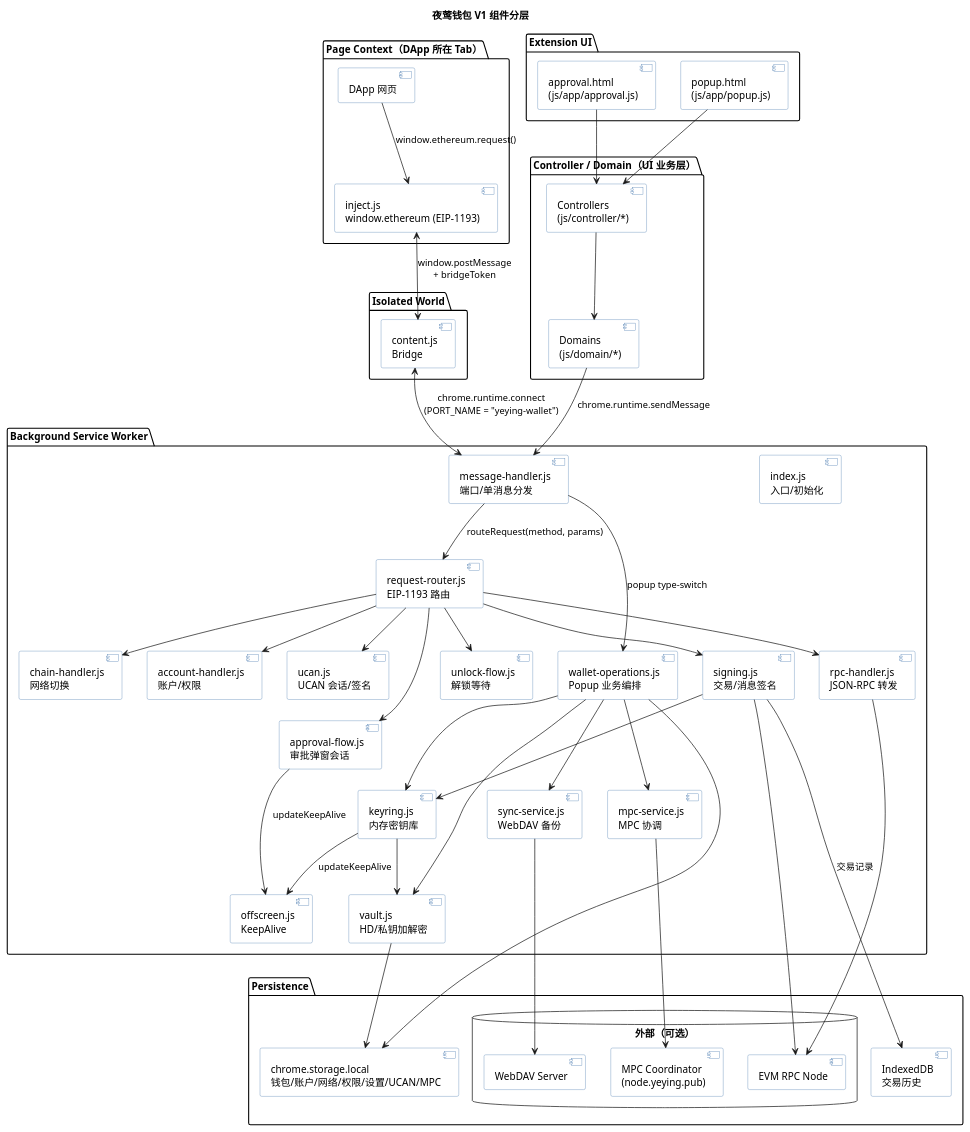
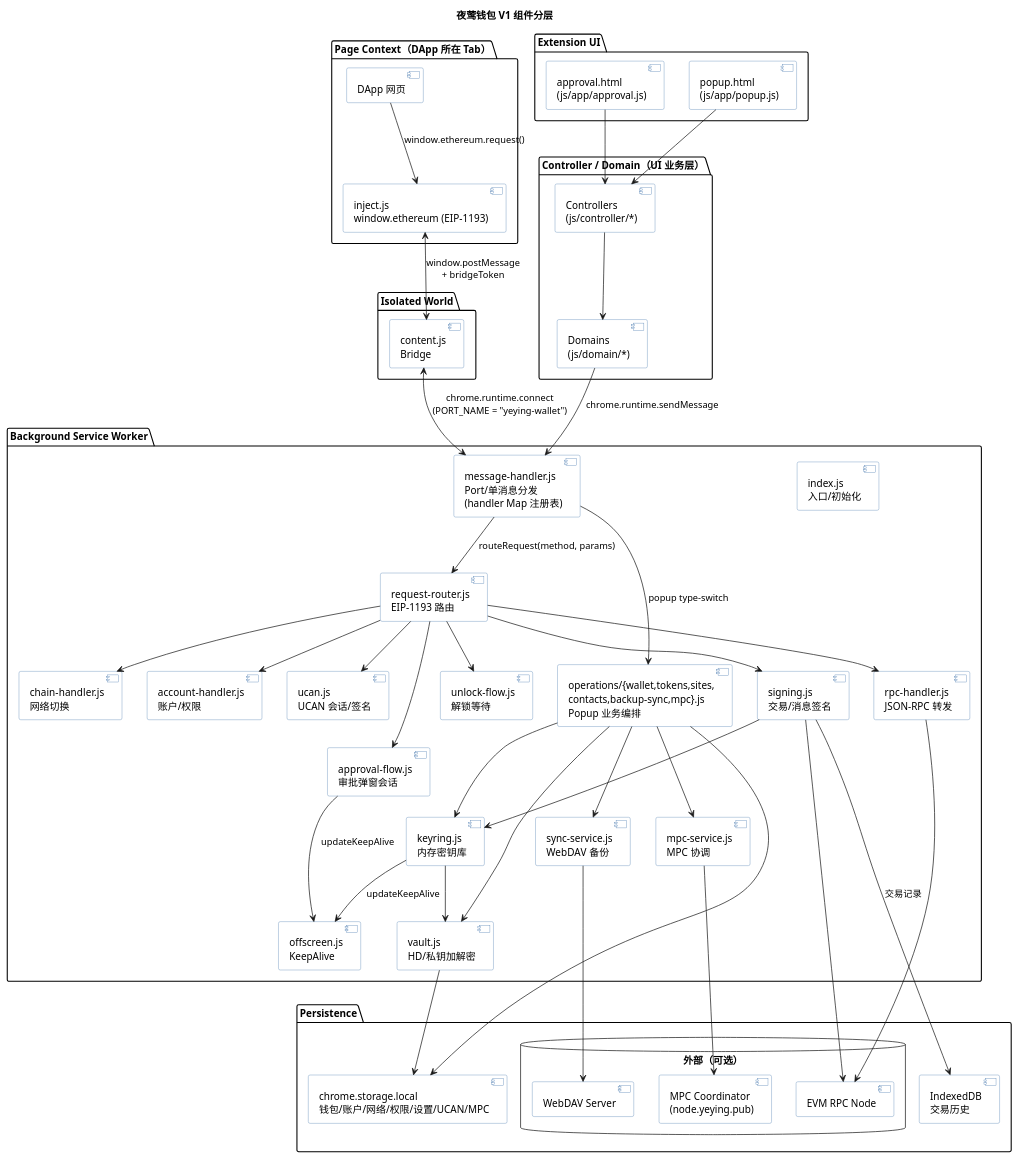
Before and after one commit to yeying-community/wallet: the first of 7 diagrams in docs/V1架构基线.md, drawn with PlantUML. The commit also changed other lines of this file and 1 other file, not shown here.

```diff
--- a/docs/V1架构基线.md
+++ b/docs/V1架构基线.md
@@ -55,7 +57,7 @@
 
 package "Background Service Worker" {
   [index.js\n入口/初始化] as BgIndex
-  [message-handler.js\n端口/单消息分发] as MsgHandler
+  [message-handler.js\nPort/单消息分发\n(handler Map 注册表)] as MsgHandler
   [request-router.js\nEIP-1193 路由] as Router
   [approval-flow.js\n审批弹窗会话] as Approval2
   [unlock-flow.js\n解锁等待] as Unlock
@@ -66,7 +68,7 @@
   [chain-handler.js\n网络切换] as Chain
   [account-handler.js\n账户/权限] as AccountH
   [ucan.js\nUCAN 会话/签名] as Ucan
-  [wallet-operations.js\nPopup 业务编排] as WalletOps
+  [operations/{wallet,tokens,sites,\ncontacts,backup-sync,mpc}.js\nPopup 业务编排] as WalletOps
   [sync-service.js\nWebDAV 备份] as Sync
   [mpc-service.js\nMPC 协调] as Mpc
   [offscreen.js\nKeepAlive] as Off
```
